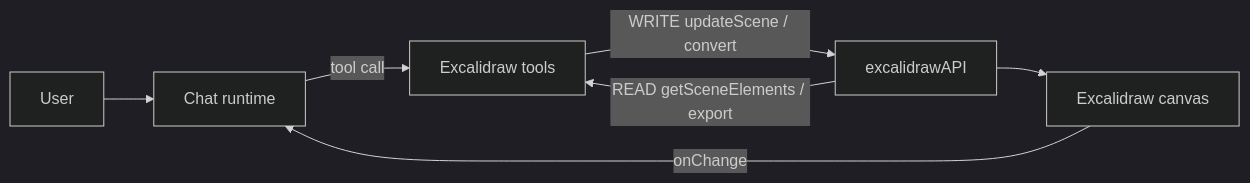
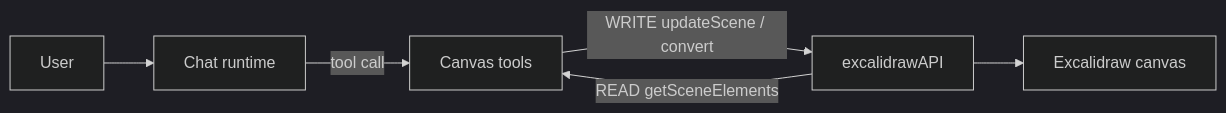
One commit to NNTin/tinytinkerer changed the diagram in .agent/skills/excalidraw/SKILL.md. Above: the diagram before and after it, drawn with Mermaid (dark theme). The commit also changed other lines of this file and 38 other files, not shown here.

````diff
--- a/.agent/skills/excalidraw/SKILL.md
+++ b/.agent/skills/excalidraw/SKILL.md
@@ -95,9 +100,8 @@
 ```mermaid
 flowchart LR
   user[User] --> chat[Chat runtime]
-  chat -->|tool call| bridge[Excalidraw tools]
-  bridge -->|WRITE updateScene / convert| api[excalidrawAPI]
-  api -->|READ getSceneElements / export| bridge
+  chat -->|tool call| tools[Canvas tools]
+  tools -->|WRITE updateScene / convert| api[excalidrawAPI]
+  api -->|READ getSceneElements| tools
   api --> canvas[Excalidraw canvas]
-  canvas -->|onChange| chat
 ```
````
